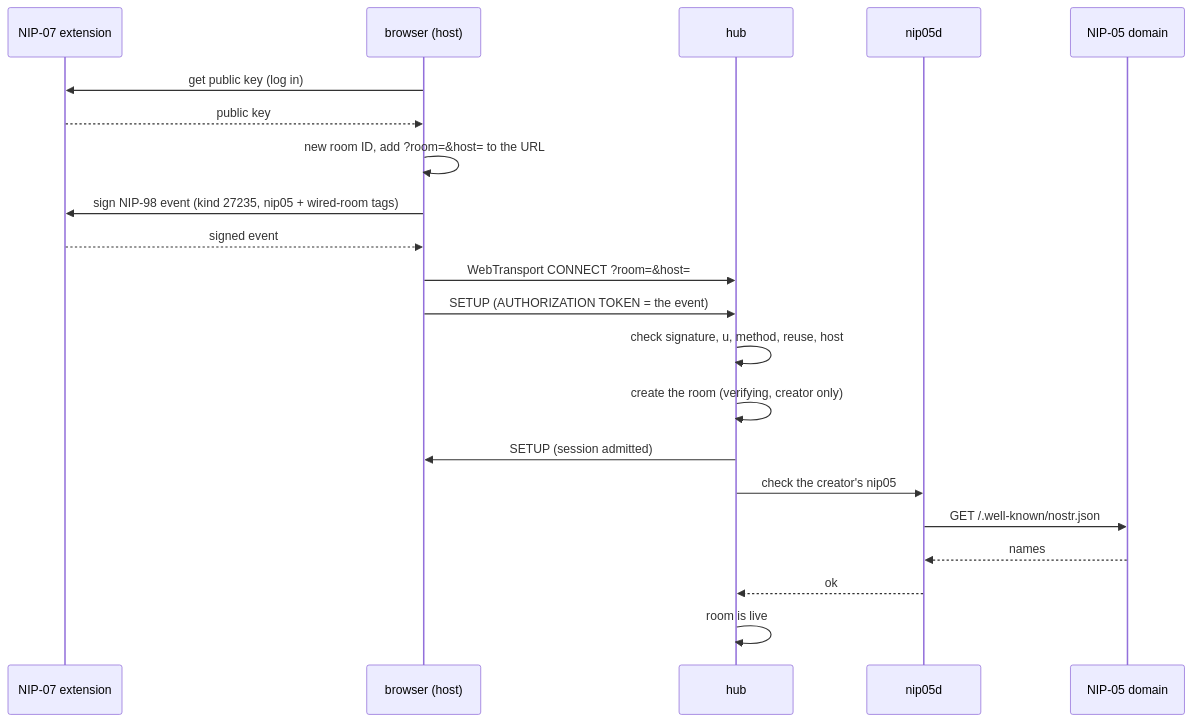
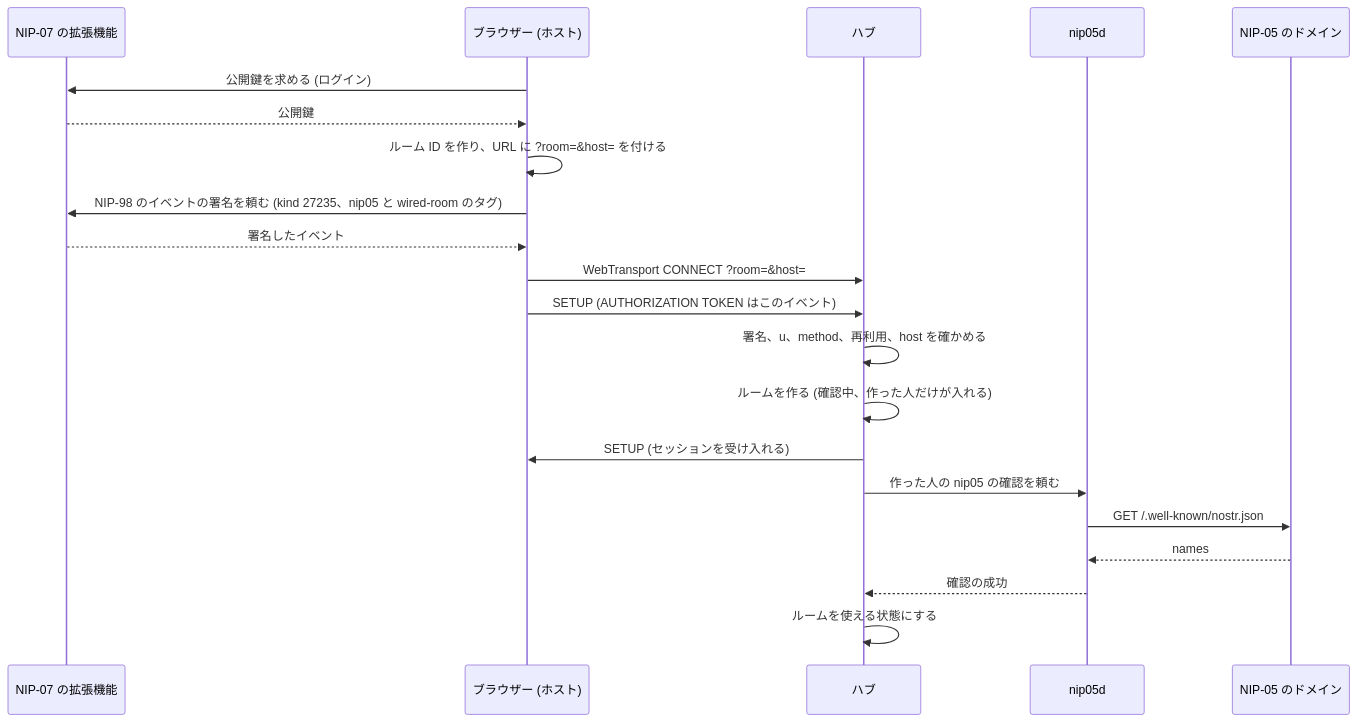
The second of 6 diagrams in examples/moqt_chat/README.md (Hakkadaikon/wired), drawn with Mermaid before and after one commit. The commit also changed other lines of this file, not shown here.

First line of the commit message:
docs(moqt_chat): Japanese labels in the README diagrams

````diff
--- a/examples/moqt_chat/README.md
+++ b/examples/moqt_chat/README.md
@@ -48,23 +48,23 @@
 ```mermaid
 sequenceDiagram
-    participant X as NIP-07 extension
-    participant B as browser (host)
-    participant H as hub
+    participant X as NIP-07 の拡張機能
+    participant B as ブラウザー (ホスト)
+    participant H as ハブ
     participant N as nip05d
-    participant D as NIP-05 domain
-    B->>X: get public key (log in)
-    X-->>B: public key
-    B->>B: new room ID, add ?room=&host= to the URL
-    B->>X: sign NIP-98 event (kind 27235, nip05 + wired-room tags)
-    X-->>B: signed event
+    participant D as NIP-05 のドメイン
+    B->>X: 公開鍵を求める (ログイン)
+    X-->>B: 公開鍵
+    B->>B: ルーム ID を作り、URL に ?room=&host= を付ける
+    B->>X: NIP-98 のイベントの署名を頼む (kind 27235、nip05 と wired-room のタグ)
+    X-->>B: 署名したイベント
     B->>H: WebTransport CONNECT ?room=&host=
-    B->>H: SETUP (AUTHORIZATION TOKEN = the event)
-    H->>H: check signature, u, method, reuse, host
-    H->>H: create the room (verifying, creator only)
-    H->>B: SETUP (session admitted)
-    H->>N: check the creator's nip05
+    B->>H: SETUP (AUTHORIZATION TOKEN はこのイベント)
+    H->>H: 署名、u、method、再利用、host を確かめる
+    H->>H: ルームを作る (確認中、作った人だけが入れる)
+    H->>B: SETUP (セッションを受け入れる)
+    H->>N: 作った人の nip05 の確認を頼む
     N->>D: GET /.well-known/nostr.json
     D-->>N: names
-    N-->>H: ok
-    H->>H: room is live
+    N-->>H: 確認の成功
+    H->>H: ルームを使える状態にする
 ```
````
